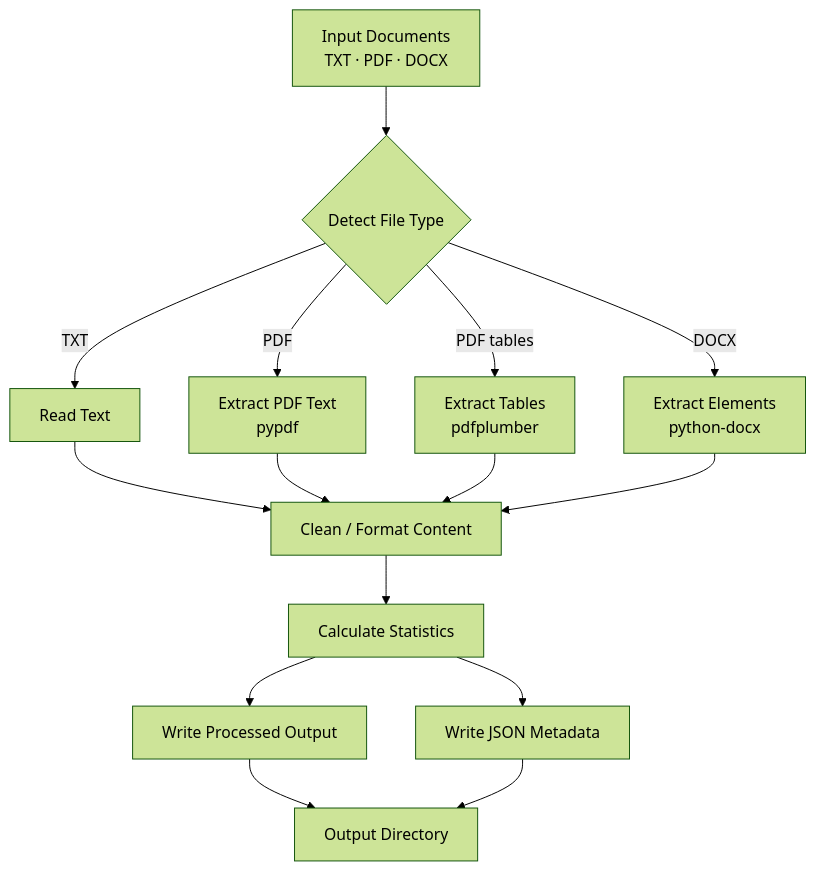
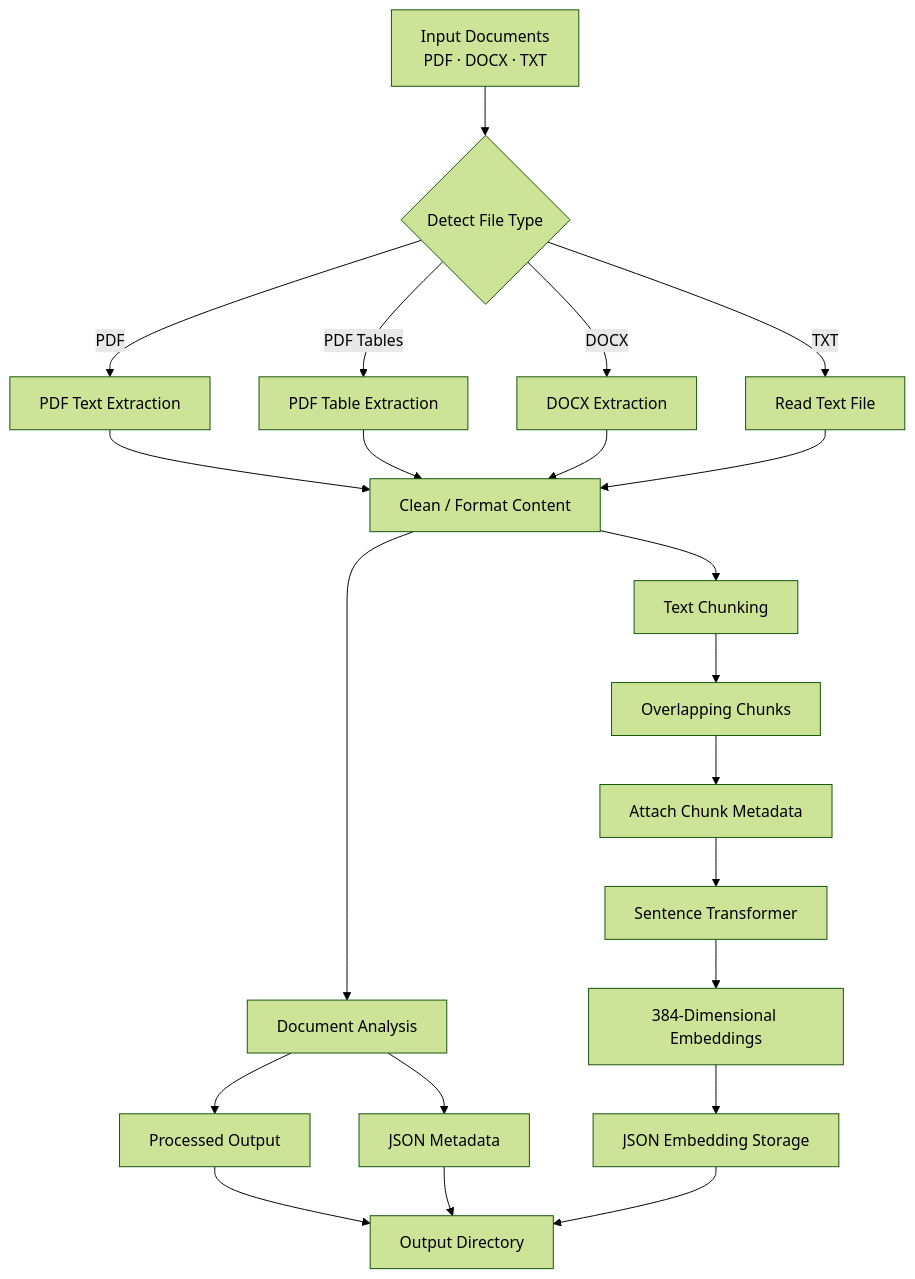
One commit to RebyTK/DocuMind changed the diagram in README.md. Above: the diagram before and after it, drawn with Mermaid (forest theme). The commit also changed other lines of this file, not shown here.

````diff
--- a/README.md
+++ b/README.md
@@ -47,20 +42,29 @@
 ```mermaid
 flowchart TD
-    A["Input Documents<br/>TXT · PDF · DOCX"] --> B{"Detect File Type"}
+    A["Input Documents<br/>PDF · DOCX · TXT"] --> B{"Detect File Type"}
 
-    B -->|TXT| C["Read Text"]
-    B -->|PDF| D["Extract PDF Text<br/>pypdf"]
-    B -->|PDF tables| E["Extract Tables<br/>pdfplumber"]
-    B -->|DOCX| F["Extract Elements<br/>python-docx"]
+    B -->|PDF| C["PDF Text Extraction"]
+    B -->|PDF Tables| D["PDF Table Extraction"]
+    B -->|DOCX| E["DOCX Extraction"]
+    B -->|TXT| F["Read Text File"]
 
     C --> G["Clean / Format Content"]
     D --> G
     E --> G
     F --> G
 
-    G --> H["Calculate Statistics"]
-    H --> I["Write Processed Output"]
-    H --> J["Write JSON Metadata"]
-    I --> K["Output Directory"]
-    J --> K
+    G --> H["Document Analysis"]
+    H --> I["Processed Output"]
+    H --> J["JSON Metadata"]
+
+    G --> K["Text Chunking"]
+    K --> L["Overlapping Chunks"]
+    L --> M["Attach Chunk Metadata"]
+    M --> N["Sentence Transformer"]
+    N --> O["384-Dimensional Embeddings"]
+
+    O --> P["JSON Embedding Storage"]
+    I --> Q["Output Directory"]
+    J --> Q
+    P --> Q
 ```
````
